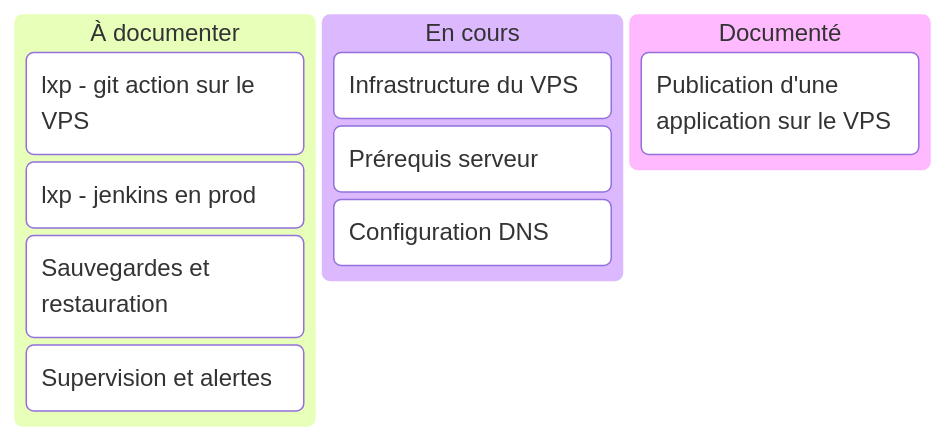
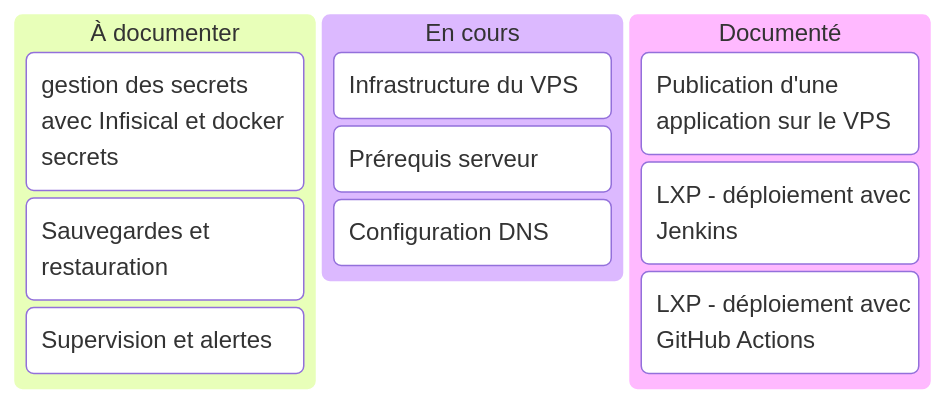
One commit to Martin-dhlle/step-eco-dev-docs-starlight changed the diagram in src/content/docs/suivi-documentation.md. Above: the diagram before and after it, drawn with Mermaid. The commit also changed 4 other files, not shown here.

````diff
--- a/src/content/docs/suivi-documentation.md
+++ b/src/content/docs/suivi-documentation.md
@@ -8,14 +8,15 @@
 ```mermaid
 kanban
   todo[À documenter]
-    lxp - git action sur le VPS
-    lxp - jenkins en prod
+    gestion des secrets avec Infisical et docker secrets
     backups[Sauvegardes et restauration]
     monitoring[Supervision et alertes]
   inProgress[En cours]
     infrastructure[Infrastructure du VPS]
     prerequisites[Prérequis serveur]
     dns[Configuration DNS]
   done[Documenté]
     appDeployment[Publication d'une application sur le VPS]
+    lxpJenkins[LXP - déploiement avec Jenkins]
+    lxpActions[LXP - déploiement avec GitHub Actions]
 ```
````
